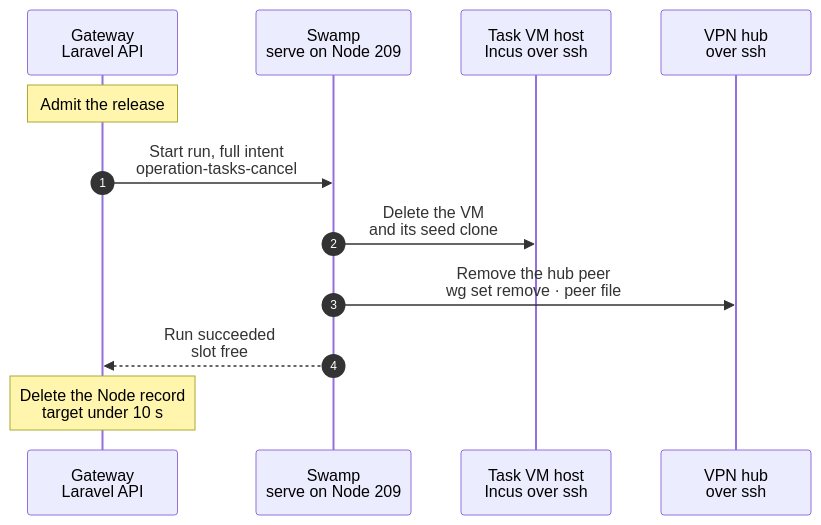
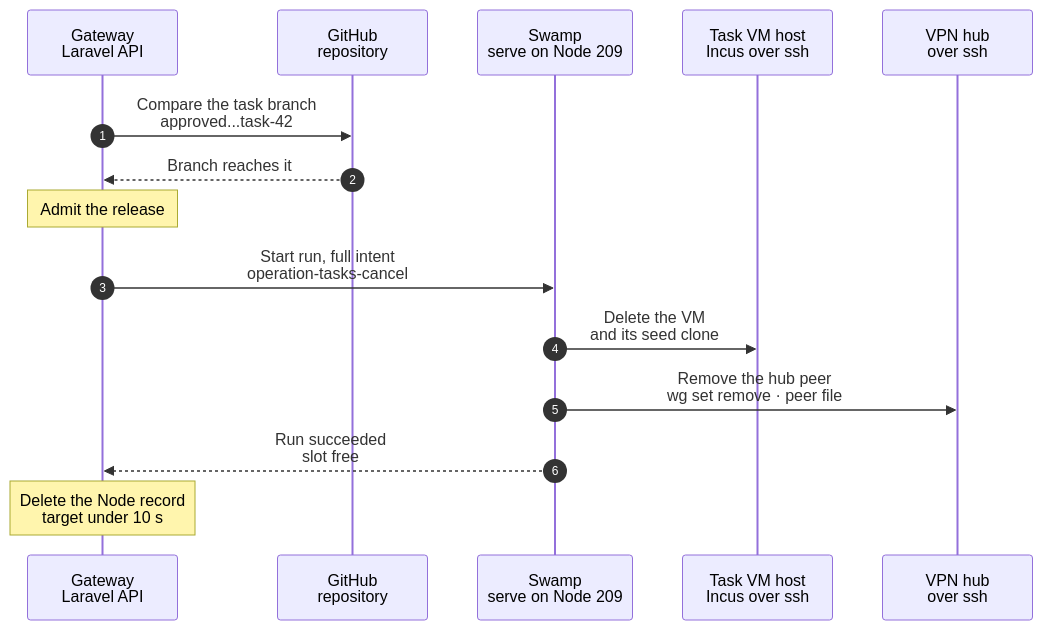
Before and after one commit to hardimpactdev/orbit: the diagram in docs/cli/tasks/cancel.mmd, drawn with Mermaid. The commit also changed 23 other files, not shown here.

First line of the commit message:
Complete and cancel require origin to have the approved work; removal never wakes a VM

```diff
--- a/docs/cli/tasks/cancel.mmd
+++ b/docs/cli/tasks/cancel.mmd
@@ -1,29 +1,40 @@
 sequenceDiagram
-  %% Target design (agreed with Nick, 2026-11-07): a task VM and its identity are disposable; the release frees the slot.
+  %% Target design (agreed with Nick, 2026-11-07): a task VM and its identity are disposable; the release frees the slot. Orchestrator 2026-11-08: keeping approved work is a precondition of the cancel, not a step of it.
   %% status: draft
   %% command: tasks:cancel
   %% kind: tasks.cancel
   autonumber
   %% lane GW icon=gateway pill=intent tone=blue
+  %% lane GH icon=server pill=target tone=purple
   %% lane SW icon=workflow pill=executes tone=green
   %% lane H icon=server pill=target tone=amber
   %% lane HUB icon=server pill=target tone=purple
   participant GW as Gateway<br/>Laravel API
+  participant GH as GitHub<br/>repository
   participant SW as Swamp<br/>serve on Node 209
   participant H as Task VM host<br/>Incus over ssh
   participant HUB as VPN hub<br/>over ssh
+  GW->>GH: Compare the task branch<br/>approved...task-42
+  %%> What it does:
+  %%> - resolves the group's latest approved commit: the latest commit Orbit reviewed (ADR 0203), or else the commit of the latest approval
+  %%> - asks GitHub, read-only, whether origin's task branch reaches it; after GitHub deleted the branch of a merged pull request, that pull request's head stands in for it
+  %%> - skipped when the group has no approval, or holds no workspace and no task VM
+  GH-->>GW: Branch reaches it
+  %%> Result:
+  %%> - otherwise the cancel refuses with HTTP 409 `tasks.approved_work_unpublished`, names the commit and the branch, and admits nothing: run `tasks:publish` first, which resumes a parked VM
+  %%> - a GitHub read that fails refuses the same way
   Note over GW: Admit the release
   %%> Result:
-  %%> - approved work is pushed first, as today
+  %%> - the run carries only the release; it pushes nothing and never starts a parked VM
   GW->>SW: Start run, full intent<br/>operation-tasks-cancel
   SW->>H: Delete the VM<br/>and its seed clone
   %%> What it does:
   %%> - one host phase: `incus delete --force`, the seed clone and the identity volume; a few seconds
   SW->>HUB: Remove the hub peer<br/>wg set remove · peer file
   %%> Runs beside the step before it: Swamp starts both at once.
   %%> What it does:
   %%> - the VM's peer leaves the WireGuard hub; the Pi token goes with the VM. There is no model key to revoke: the fixed key stays with the guard, for every other VM
   SW-->>GW: Run succeeded<br/>slot free
   Note over GW: Delete the Node record<br/>target under 10 s
   %%> Result:
   %%> - the Node, its role and its Process go; the slot number is free for the next task start
```
